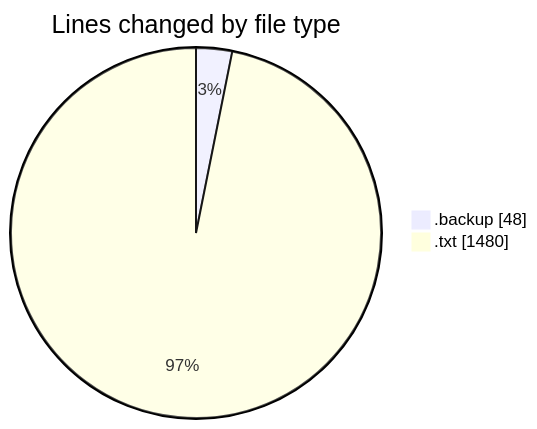
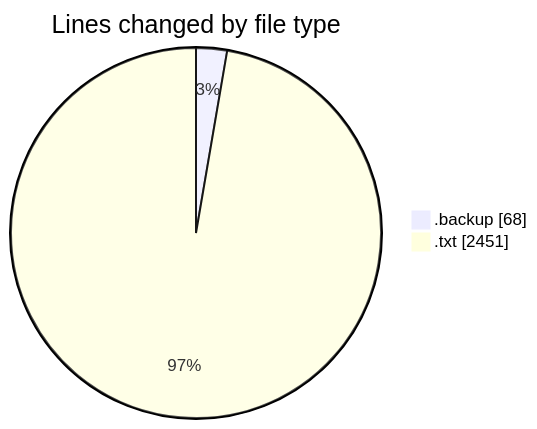
One commit to ricardozamudiocil/code-tracking changed the first of 2 diagrams in 2026-11-25/informesdocpath/README.md. Above: the diagram before and after it, drawn with Mermaid. The commit also changed other lines of this file and 1 other file, not shown here.

````diff
--- a/2026-11-25/informesdocpath/README.md
+++ b/2026-11-25/informesdocpath/README.md
@@ -21,6 +21,6 @@
 ```mermaid
 pie showData
 title Lines changed by file type
-".backup" : 48
-".txt" : 1480
+".backup" : 68
+".txt" : 2451
 ```
````
